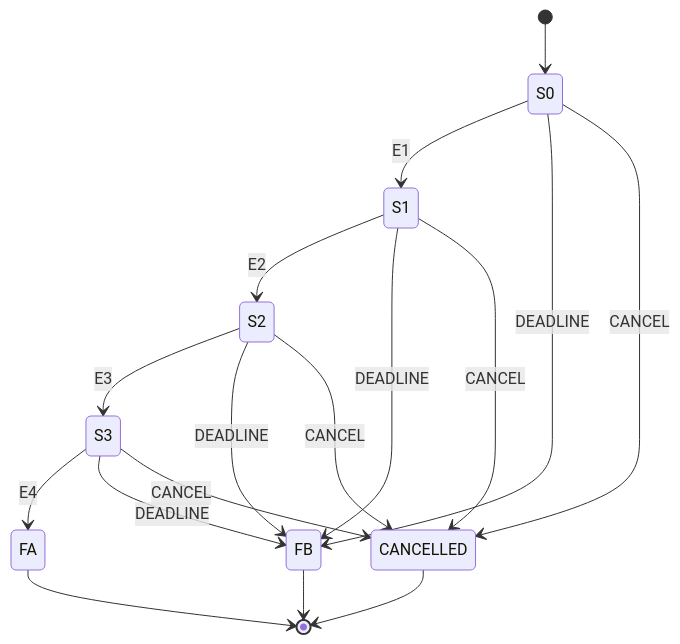
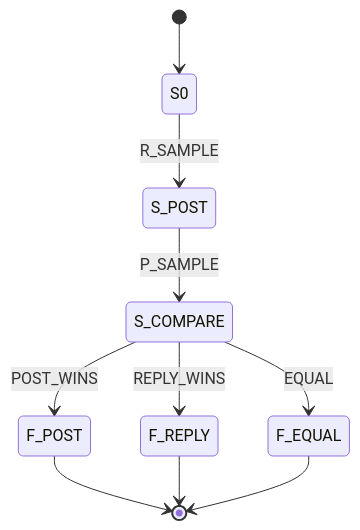
One commit to Stepami/golden-mouth changed diagram 14 of 16 in docs/content-review/stories.md. Above: the diagram before and after it, drawn with Mermaid. The commit also changed other lines of this file and 3 other files, not shown here.

````diff
--- a/docs/content-review/stories.md
+++ b/docs/content-review/stories.md
@@ -70,19 +982,12 @@
 ```mermaid
 stateDiagram-v2
     [*] --> S0
-    S0 --> S1: E1
-    S1 --> S2: E2
-    S2 --> S3: E3
-    S3 --> FA: E4
-    S0 --> FB: DEADLINE
-    S1 --> FB: DEADLINE
-    S2 --> FB: DEADLINE
-    S3 --> FB: DEADLINE
-    S0 --> CANCELLED: CANCEL
-    S1 --> CANCELLED: CANCEL
-    S2 --> CANCELLED: CANCEL
-    S3 --> CANCELLED: CANCEL
-    FA --> [*]
-    FB --> [*]
-    CANCELLED --> [*]
+    S0 --> S_POST: R_SAMPLE
+    S_POST --> S_COMPARE: P_SAMPLE
+    S_COMPARE --> F_POST: POST_WINS
+    S_COMPARE --> F_REPLY: REPLY_WINS
+    S_COMPARE --> F_EQUAL: EQUAL
+    F_POST --> [*]
+    F_REPLY --> [*]
+    F_EQUAL --> [*]
 ```
````
